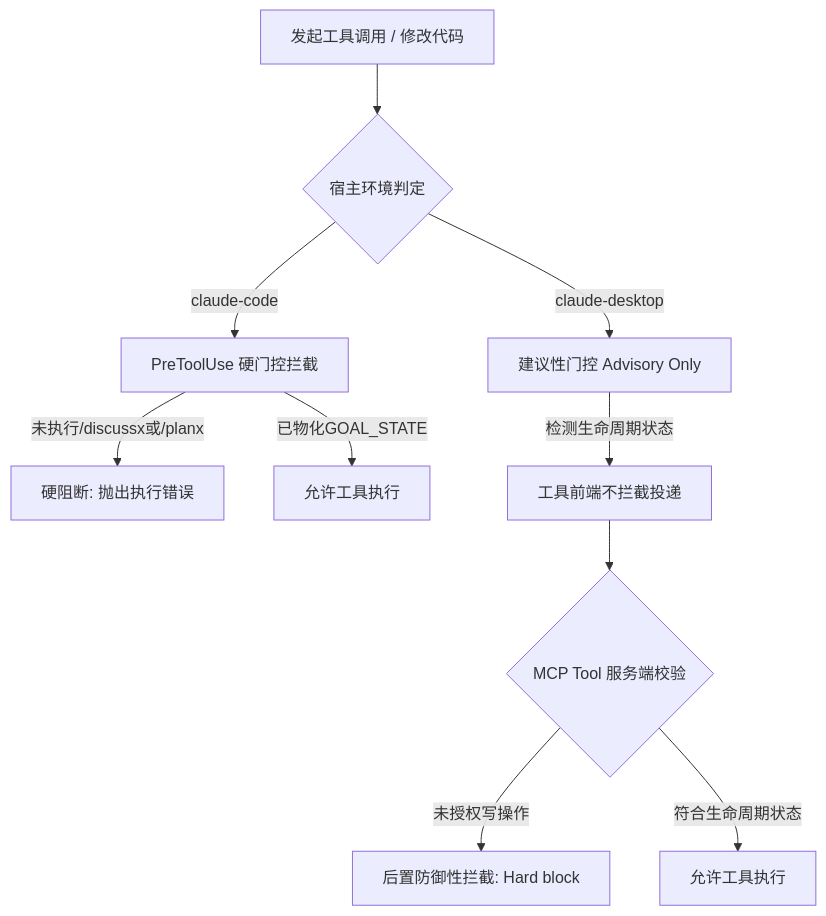
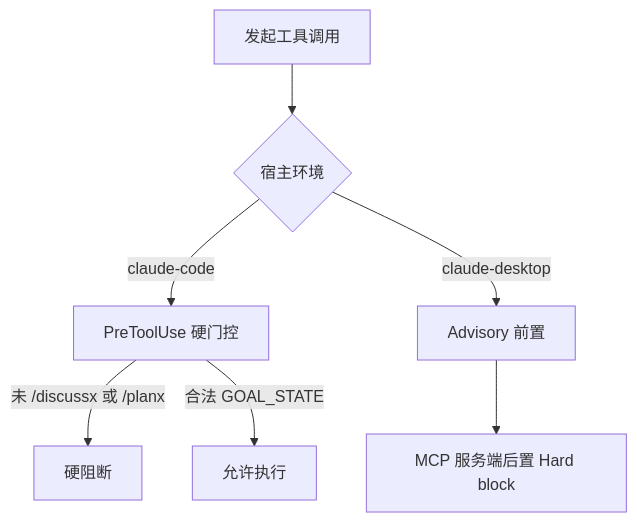
Before and after one commit to yizhoupan3-debug/skill: the first of 2 diagrams in AGENTS_CLAUDE.md, drawn with Mermaid. The commit also changed other lines of this file and 206 other files, not shown here.

````diff
--- a/AGENTS_CLAUDE.md
+++ b/AGENTS_CLAUDE.md
@@ -54,13 +18,9 @@
 ```mermaid
 graph TD
-    A[发起工具调用 / 修改代码] --> B{宿主环境判定}
-    B -- claude-code --> C[PreToolUse 硬门控拦截]
-    C -->|未执行/discussx或/planx| D[硬阻断: 抛出执行错误]
-    C -->|已物化GOAL_STATE| E[允许工具执行]
-    
-    B -- claude-desktop --> F[建议性门控 Advisory Only]
-    F -->|检测生命周期状态| G[工具前端不拦截投递]
-    G --> H{MCP Tool 服务端校验}
-    H -->|未授权写操作| I[后置防御性拦截: Hard block]
-    H -->|符合生命周期状态| J[允许工具执行]
+    A[发起工具调用] --> B{宿主环境}
+    B -- claude-code --> C[PreToolUse 硬门控]
+    C -->|未 /discussx 或 /planx| D[硬阻断]
+    C -->|合法 GOAL_STATE| E[允许执行]
+    B -- claude-desktop --> F[Advisory 前置]
+    F --> G[MCP 服务端后置 Hard block]
 ```
````
